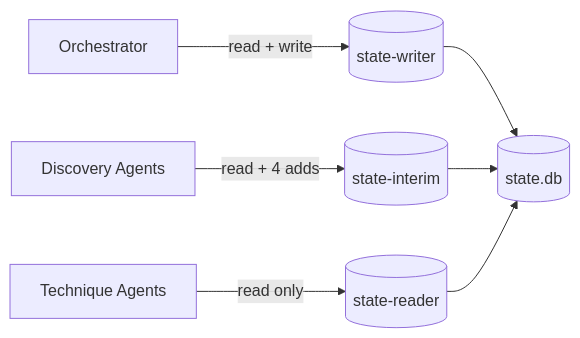
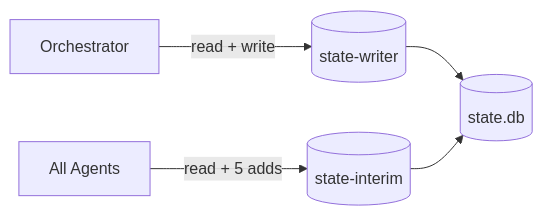
One commit to kevinoriley/red-run changed the second of 2 diagrams in docs/agents.md. Above: the diagram before and after it, drawn with Mermaid. The commit also changed other lines of this file and 22 other files, not shown here.

First line of the commit message:
Unify all agents on state-interim, add anti-contamination ethics and Responder guidance

````diff
--- a/docs/agents.md
+++ b/docs/agents.md
@@ -96,10 +100,8 @@
 ```mermaid
 graph LR
     O[Orchestrator] -->|read + write| SW[(state-writer)]
-    D[Discovery Agents] -->|read + 4 adds| SI[(state-interim)]
-    T[Technique Agents] -->|read only| SR[(state-reader)]
+    A[All Agents] -->|read + 5 adds| SI[(state-interim)]
 
     SW --> DB[(state.db)]
     SI --> DB
-    SR --> DB
 ```
````
